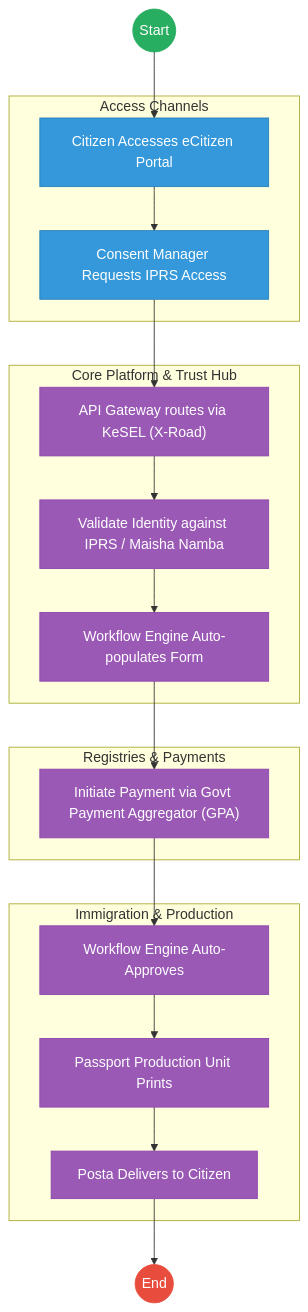
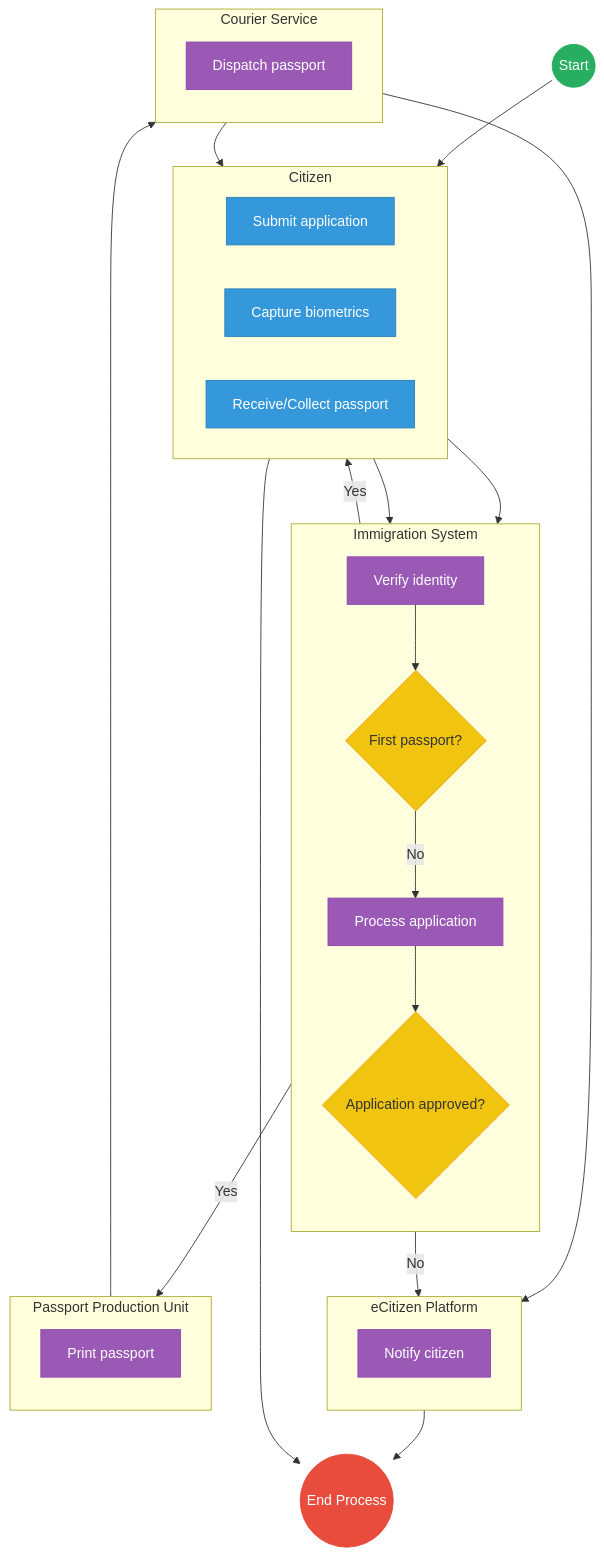
The second of 2 diagrams in mdas/docs_final/priority_mdas/STATE_DEPARTMENT_FOR_IMMIGRATION_AND_CITIZEN_SERVICES___Passport_Application.md (BITZ-IT-Consulting-LTD/ictapoc), drawn with Mermaid before and after one commit. The commit also changed other lines of this file and 109 other files, not shown here.

````diff
--- a/mdas/docs_final/priority_mdas/STATE_DEPARTMENT_FOR_IMMIGRATION_AND_CITIZEN_SERVICES___Passport_Application.md
+++ b/mdas/docs_final/priority_mdas/STATE_DEPARTMENT_FOR_IMMIGRATION_AND_CITIZEN_SERVICES___Passport_Application.md
@@ -146,37 +177,69 @@
 ```mermaid
-graph TD
-    Start((Start)) --> Portal["Citizen Accesses eCitizen Portal"]
+flowchart TD
+    %% Events
+    Start((Start))
+    EndProcess((End Process))
+
+    subgraph Citizen [Citizen]
+        direction LR
+        Submit[Submit application]
+        CapBio[Capture biometrics]
+        Receive[Receive/Collect passport]
+    end
+
+    subgraph eCitizen [eCitizen Platform]
+        direction TB
+        Notify[Notify citizen]
+    end
+
+    subgraph ImmSys [Immigration System]
+        direction TB
+        Verify[Verify identity]
+        FirstGateway{First passport?}
+        Process[Process application]
+        ApprGateway{Application approved?}
+    end
+
+    subgraph ProdUnit [Passport Production Unit]
+        direction TB
+        Print[Print passport]
+    end
+
+    subgraph Courier [Courier Service]
+        direction TB
+        Dispatch[Dispatch passport]
+    end
+
+    %% Flow connections
+    Start --> Submit
+    Submit --> Verify
+    Verify --> FirstGateway
     
-    subgraph Layer1 [Access Channels]
-        Portal
-        Consent["Consent Manager Requests IPRS Access"]
-    end
+    FirstGateway -- "Yes" --> CapBio
+    FirstGateway -- "No" --> Process
+    CapBio --> Process
     
-    subgraph Layer2 [Core Platform & Trust Hub]
-        Consent --> XRoad["API Gateway routes via KeSEL (X-Road)"]
-        XRoad --> IPRS["Validate Identity against IPRS / Maisha Namba"]
-        IPRS --> AutoForm["Workflow Engine Auto-populates Form"]
-    end
+    Process --> ApprGateway
     
-    subgraph Layer4 [Registries & Payments]
-        AutoForm --> Payment["Initiate Payment via Govt Payment Aggregator (GPA)"]
-    end
+    ApprGateway -- "No" --> Notify
+    ApprGateway -- "Yes" --> Print
     
-    subgraph Agency [Immigration & Production]
-        Payment --> AutoApprove["Workflow Engine Auto-Approves "]
-        AutoApprove --> Factory["Passport Production Unit Prints"]
-        Factory --> Logistics["Posta Delivers to Citizen"]
-    end
-    
-    Portal --> Consent
-    Logistics --> End((End))
+    Print --> Dispatch
+    Dispatch --> Notify
+    Dispatch --> Receive
+    Receive --> EndProcess
+    Notify --> EndProcess
 
-    classDef start fill:#27ae60,stroke:#27ae60,color:#fff;
-    classDef endNode fill:#e74c3c,stroke:#e74c3c,color:#fff;
+    %% Styling
+    classDef startEvent fill:#27ae60,stroke:#27ae60,color:#fff;
+    classDef endEvent fill:#e74c3c,stroke:#e74c3c,color:#fff;
     classDef userTask fill:#3498db,stroke:#2980b9,color:#fff;
     classDef serviceTask fill:#9b59b6,stroke:#8e44ad,color:#fff;
-    class Start start;
-    class End endNode;
-    class Portal,Consent userTask;
-    class XRoad,IPRS,AutoForm,Payment,AutoApprove,Factory,Logistics serviceTask;
+    classDef gateway fill:#f1c40f,stroke:#f39c12,color:#333;
+    
+    class Start startEvent;
+    class EndProcess endEvent;
+    class FirstGateway,ApprGateway gateway;
+    class Notify,Verify,Process,Print,Dispatch serviceTask;
+    class Submit,CapBio,Receive userTask;
 ```
````
